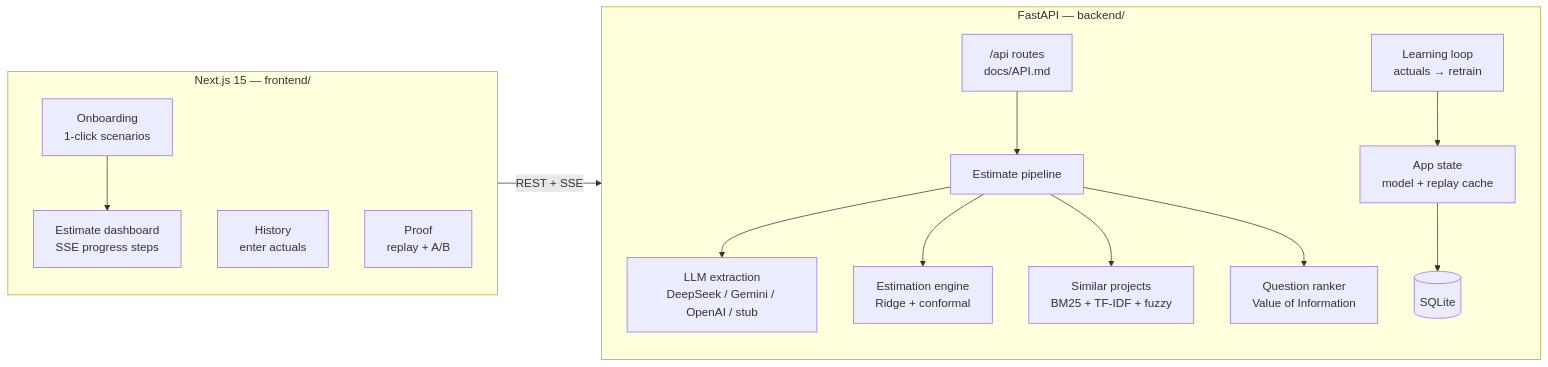
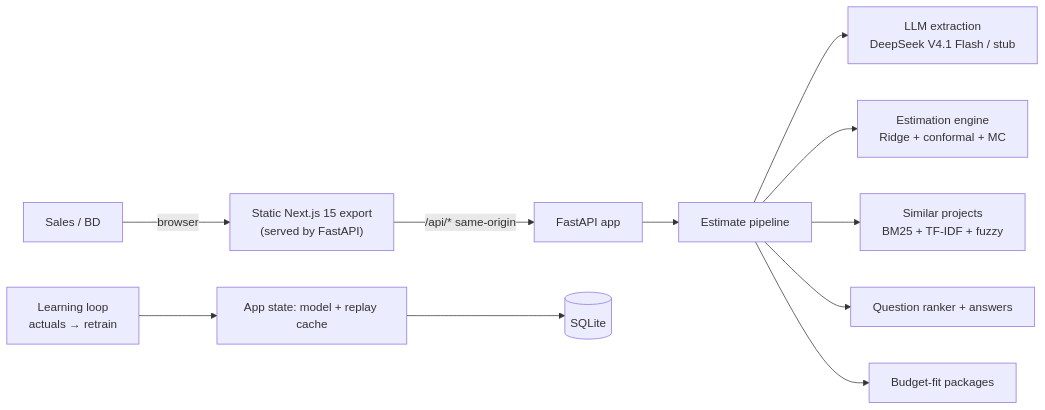
The diagram in README.md (iknizzz1807/the-estimator), drawn with Mermaid before and after one commit. The commit also changed other lines of this file and 2 other files, not shown here.

````diff
--- a/README.md
+++ b/README.md
@@ -30,20 +31,13 @@
 ```mermaid
 flowchart LR
-    subgraph FE["Next.js 15 — frontend/"]
-        OB[Onboarding<br/>1-click scenarios] --> EST[Estimate dashboard<br/>SSE progress steps]
-        HIST[History<br/>enter actuals]
-        PROOF[Proof<br/>replay + A/B]
-    end
-
-    subgraph BE["FastAPI — backend/"]
-        R["/api routes<br/>docs/API.md"] --> PIPE[Estimate pipeline]
-        PIPE --> EX[LLM extraction<br/>DeepSeek / Gemini / OpenAI / stub]
-        PIPE --> ENG[Estimation engine<br/>Ridge + conformal]
-        PIPE --> SIM[Similar projects<br/>BM25 + TF-IDF + fuzzy]
-        PIPE --> VOI[Question ranker<br/>Value of Information]
-        STATE[App state<br/>model + replay cache] --> DB[(SQLite)]
-        LEARN[Learning loop<br/>actuals → retrain] --> STATE
-    end
-
-    FE -->|REST + SSE| BE
+    U[Sales / BD] -->|browser| FE["Static Next.js 15 export<br/>(served by FastAPI)"]
+    FE -->|"/api/* same-origin"| API[FastAPI app]
+    API --> PIPE[Estimate pipeline]
+    PIPE --> EX[LLM extraction<br/>DeepSeek V4.1 Flash / stub]
+    PIPE --> EST["Estimation engine<br/>Ridge + conformal + MC"]
+    PIPE --> SIM[Similar projects<br/>BM25 + TF-IDF + fuzzy]
+    PIPE --> VOI[Question ranker + answers]
+    PIPE --> PKG[Budget-fit packages]
+    STATE[App state: model + replay cache] --> DB[(SQLite)]
+    LEARN[Learning loop<br/>actuals → retrain] --> STATE
 ```
````
